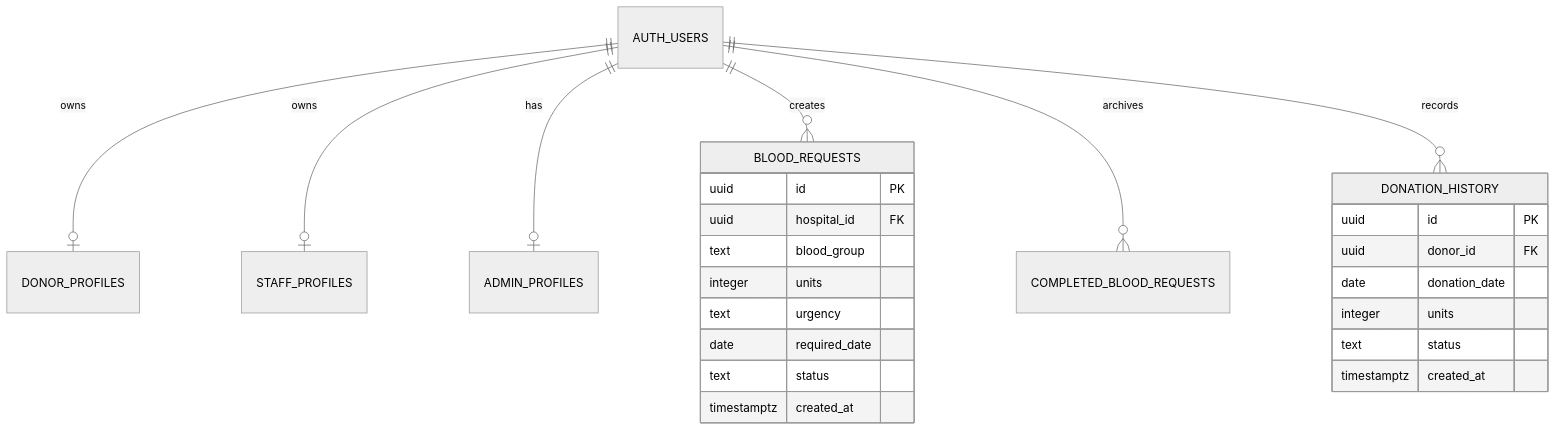
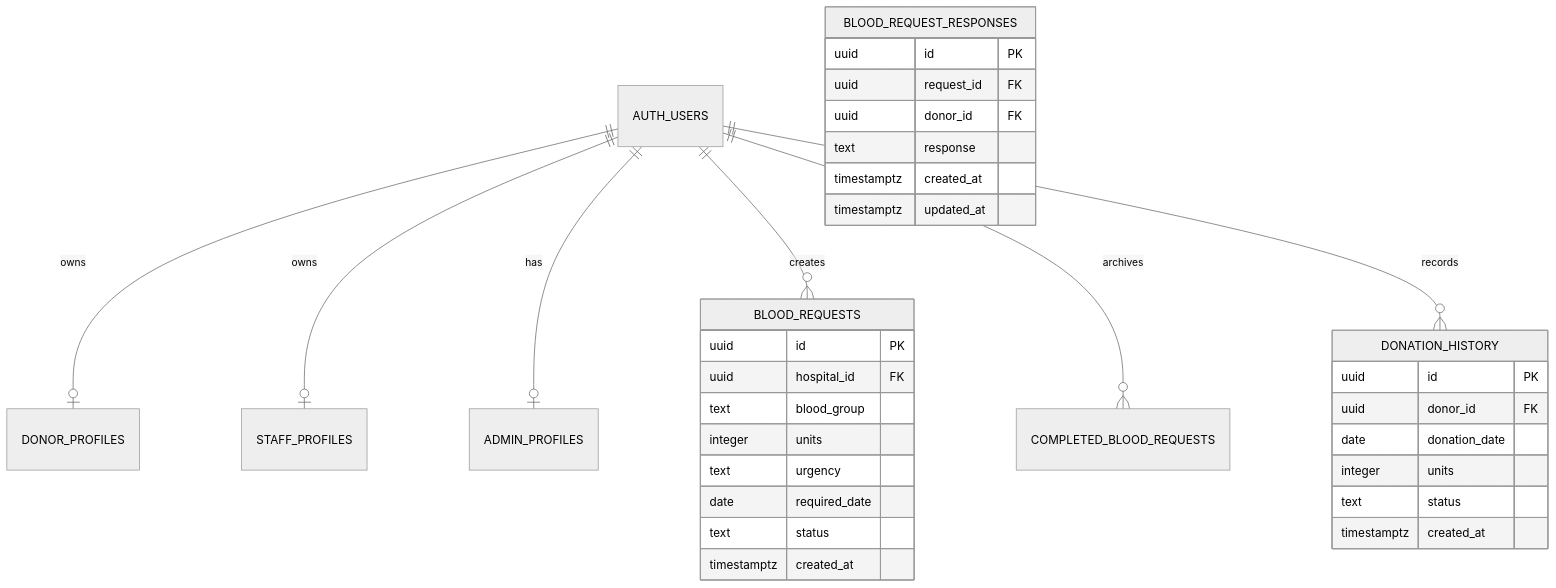
The second of 3 diagrams in docs/architecture.md (CommunityBloodDonation/Community-Blood-Donation-Management-System), drawn with Mermaid (neutral theme) before and after one commit. The commit also changed other lines of this file and 14 other files, not shown here.

````diff
--- a/docs/architecture.md
+++ b/docs/architecture.md
@@ -57,29 +57,38 @@
 ```mermaid
 erDiagram
     AUTH_USERS ||--o| DONOR_PROFILES : owns
     AUTH_USERS ||--o| STAFF_PROFILES : owns
     AUTH_USERS ||--o| ADMIN_PROFILES : has
     AUTH_USERS ||--o{ BLOOD_REQUESTS : creates
     AUTH_USERS ||--o{ COMPLETED_BLOOD_REQUESTS : archives
     AUTH_USERS ||--o{ DONATION_HISTORY : records
 
     BLOOD_REQUESTS {
         uuid id PK
         uuid hospital_id FK
         text blood_group
         integer units
         text urgency
         date required_date
         text status
         timestamptz created_at
     }
 
+    BLOOD_REQUEST_RESPONSES {
+        uuid id PK
+        uuid request_id FK
+        uuid donor_id FK
+        text response
+        timestamptz created_at
+        timestamptz updated_at
+    }
+
     DONATION_HISTORY {
         uuid id PK
         uuid donor_id FK
         date donation_date
         integer units
         text status
         timestamptz created_at
     }
 ```
````
